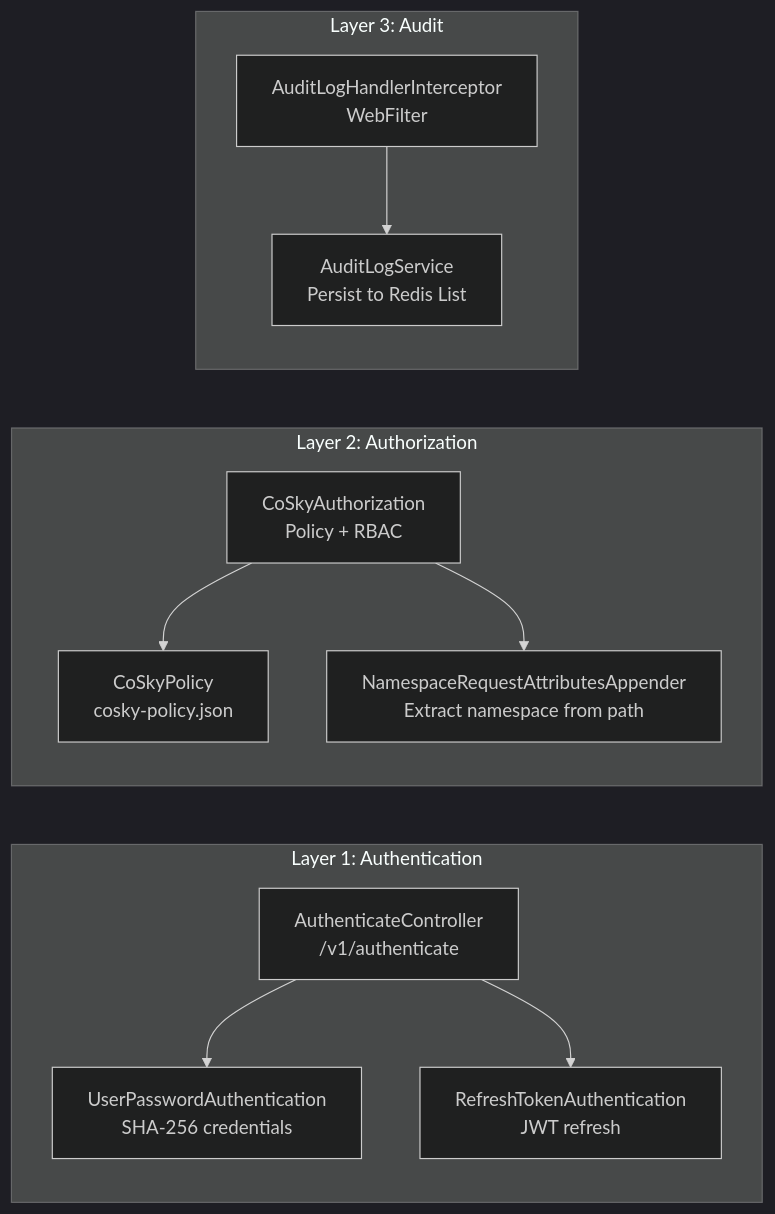
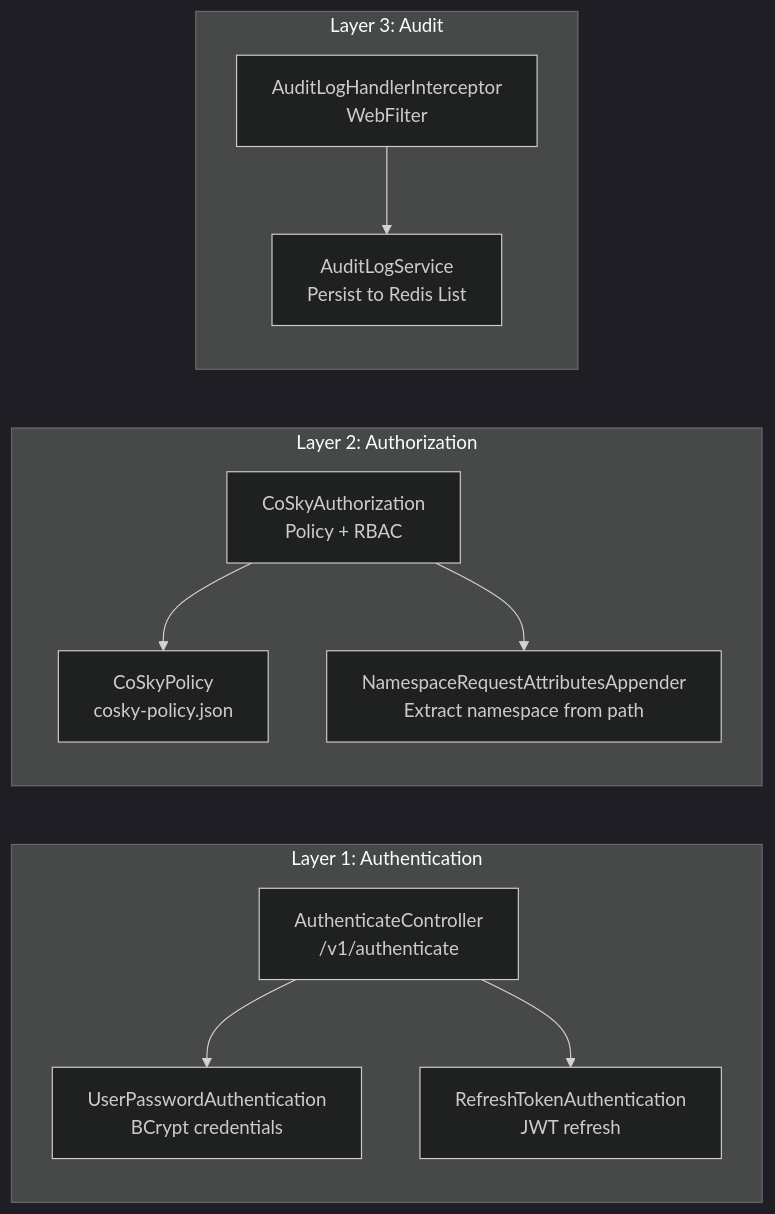
The first of 4 diagrams in wiki/guide/security-rbac.md (Ahoo-Wang/CoSky), drawn with Mermaid (dark theme) before and after one commit. The commit also changed other lines of this file and 20 other files, not shown here.

````diff
--- a/wiki/guide/security-rbac.md
+++ b/wiki/guide/security-rbac.md
@@ -22,25 +22,25 @@
 ```mermaid
 flowchart LR
     subgraph "Layer 1: Authentication"
-        UserPwd["UserPasswordAuthentication<br>SHA-256 credentials"]
+        UserPwd["UserPasswordAuthentication<br>BCrypt credentials"]
         RefreshTok["RefreshTokenAuthentication<br>JWT refresh"]
         AuthCtrl["AuthenticateController<br>/v1/authenticate"]
     end
 
     subgraph "Layer 2: Authorization"
         Policy["CoSkyPolicy<br>cosky-policy.json"]
         Authz["CoSkyAuthorization<br>Policy + RBAC"]
         NSApp["NamespaceRequestAttributesAppender<br>Extract namespace from path"]
     end
 
     subgraph "Layer 3: Audit"
         AuditFilter["AuditLogHandlerInterceptor<br>WebFilter"]
         AuditSvc["AuditLogService<br>Persist to Redis List"]
     end
 
     AuthCtrl --> UserPwd
     AuthCtrl --> RefreshTok
     Authz --> Policy
     Authz --> NSApp
     AuditFilter --> AuditSvc
 ```
````
